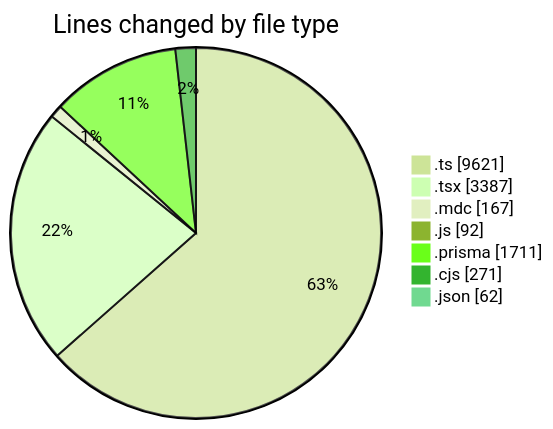
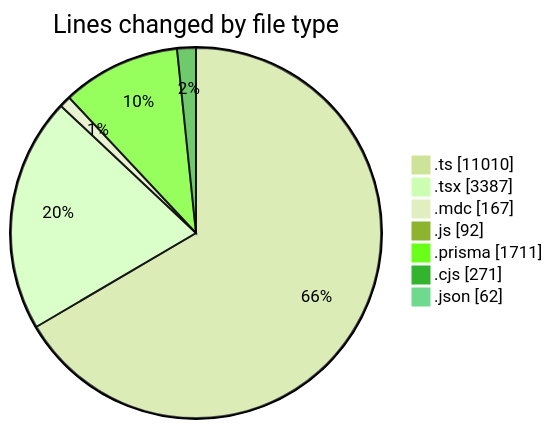
One commit to CELIANVF/code-tracking changed the first of 2 diagrams in 2025-06-06/ecodeli-1/README.md. Above: the diagram before and after it, drawn with Mermaid (forest theme). The commit also changed other lines of this file and 1 other file, not shown here.

````diff
--- a/2025-06-06/ecodeli-1/README.md
+++ b/2025-06-06/ecodeli-1/README.md
@@ -59,11 +62,11 @@
 ```mermaid
 pie showData
 title Lines changed by file type
-".ts" : 9621
+".ts" : 11010
 ".tsx" : 3387
 ".mdc" : 167
 ".js" : 92
 ".prisma" : 1711
 ".cjs" : 271
 ".json" : 62
 ```
````
